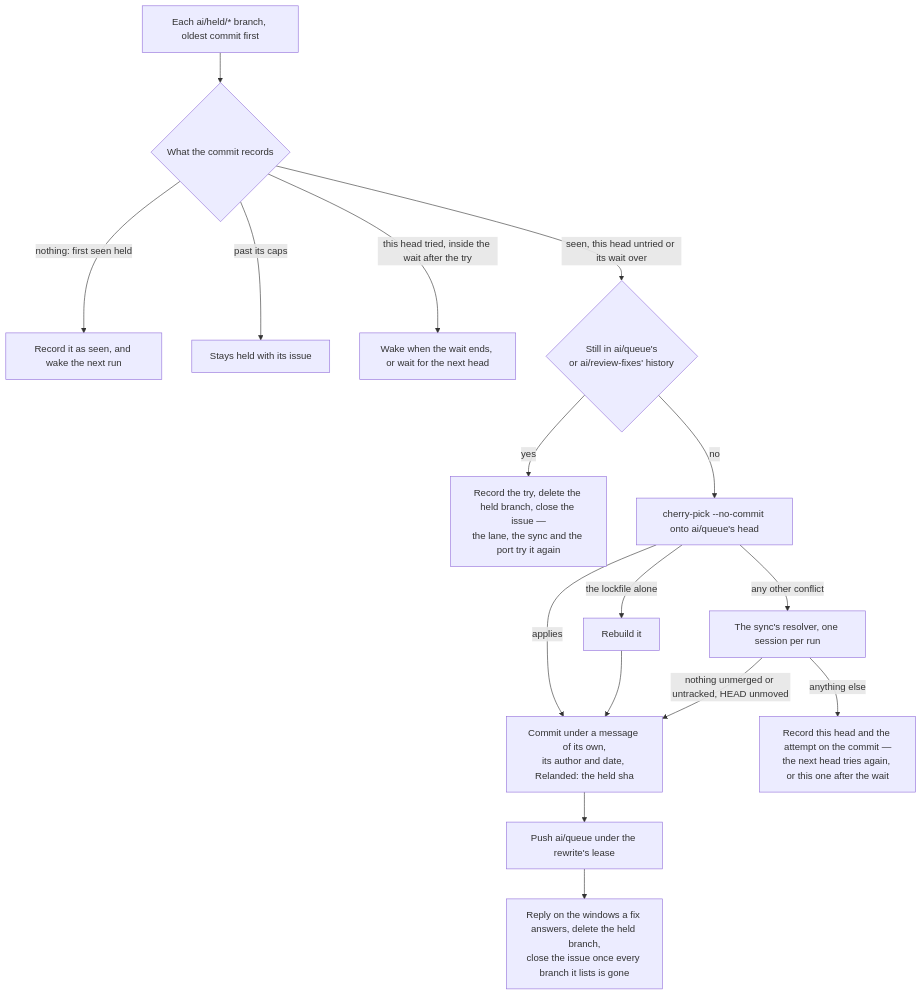
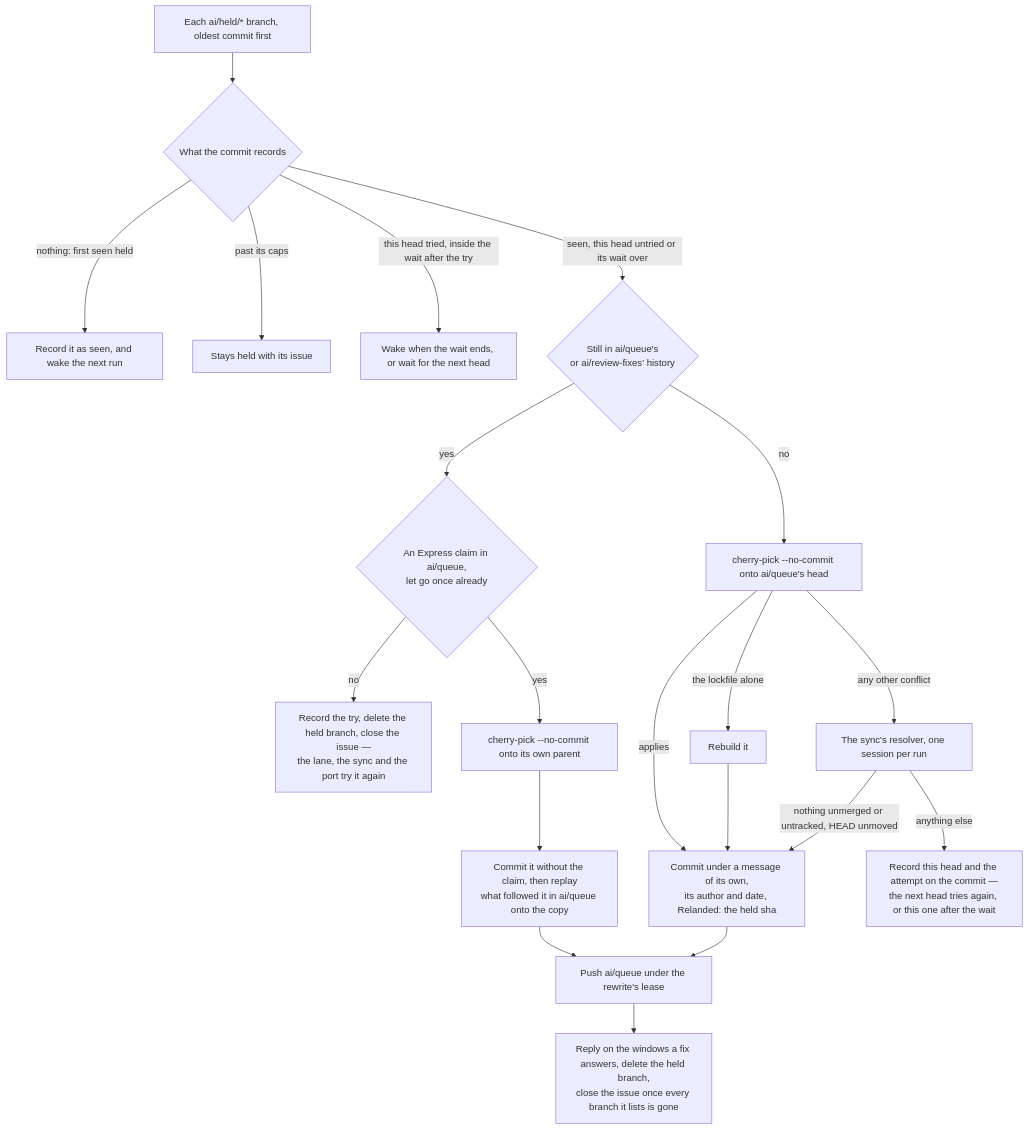
The fourth of 4 diagrams in apps/web/content/docs/infra/review-collector/collection-cycle.md (Esposter/Esposter), drawn with Mermaid before and after one commit. The commit also changed other lines of this file and 9 other files, not shown here.

First line of the commit message:
fix(scripts): an express claim the lane parks again after its let-go takes the window route, its copy without the claim re-landed in its own place in ai/queue

````diff
--- a/apps/web/content/docs/infra/review-collector/collection-cycle.md
+++ b/apps/web/content/docs/infra/review-collector/collection-cycle.md
@@ -193,16 +193,18 @@
 ```mermaid
 flowchart TD
   H[Each ai/held/* branch, oldest commit first] --> S{What the commit records}
   S -->|nothing: first seen held| R[Record it as seen, and wake the next run]
   S -->|past its caps| K[Stays held with its issue]
   S -->|this head tried, inside the wait after the try| W[Wake when the wait ends, or wait for the next head]
   S -->|seen, this head untried or its wait over| Q{Still in ai/queue's<br/>or ai/review-fixes' history}
-  Q -->|yes| O[Record the try, delete the held branch, close the issue —<br/>the lane, the sync and the port try it again]
+  Q -->|yes| E{An Express claim in ai/queue,<br/>let go once already}
+  E -->|no| O[Record the try, delete the held branch, close the issue —<br/>the lane, the sync and the port try it again]
+  E -->|yes| IP[cherry-pick --no-commit onto its own parent] --> IC[Commit it without the claim, then replay<br/>what followed it in ai/queue onto the copy] --> U
   Q -->|no| P[cherry-pick --no-commit onto ai/queue's head]
   P -->|applies| C[Commit under a message of its own,<br/>its author and date, Relanded: the held sha]
   P -->|the lockfile alone| L[Rebuild it] --> C
   P -->|any other conflict| X[The sync's resolver, one session per run]
   X -->|nothing unmerged or untracked, HEAD unmoved| C
   X -->|anything else| F[Record this head and the attempt on the commit —<br/>the next head tries again, or this one after the wait]
   C --> U[Push ai/queue under the rewrite's lease] --> D[Reply on the windows a fix answers, delete the held branch,<br/>close the issue once every branch it lists is gone]
 ```
````
